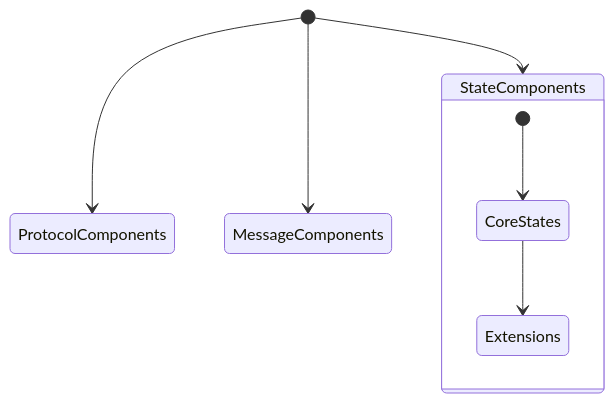
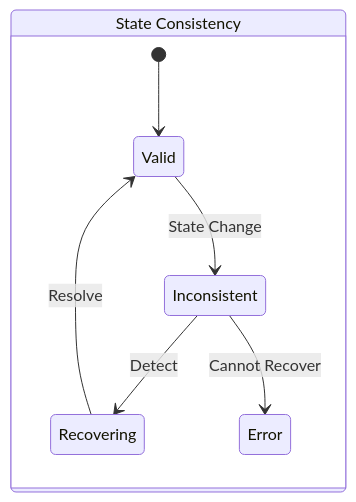
Diagram 15 of 39 in docs/design/classes/core/networks/websocket/machine/v10/governance/design.process.outline.md (zhifengzhang-sz/qi-v2-dp), drawn with Mermaid before and after one commit. The commit also changed other lines of this file and 3 other files, not shown here.

````diff
--- a/docs/design/classes/core/networks/websocket/machine/v10/governance/design.process.outline.md
+++ b/docs/design/classes/core/networks/websocket/machine/v10/governance/design.process.outline.md
@@ -71,11 +369,10 @@
 ```mermaid
 stateDiagram-v2
-    [*] --> StateComponents
-    [*] --> ProtocolComponents
-    [*] --> MessageComponents
-    
-    state StateComponents {
-        [*] --> CoreStates
-        CoreStates --> Extensions
+    state "State Consistency" as SC {
+        [*] --> Valid
+        Valid --> Inconsistent: State Change
+        Inconsistent --> Recovering: Detect
+        Recovering --> Valid: Resolve
+        Inconsistent --> Error: Cannot Recover
     }
 ```
````
